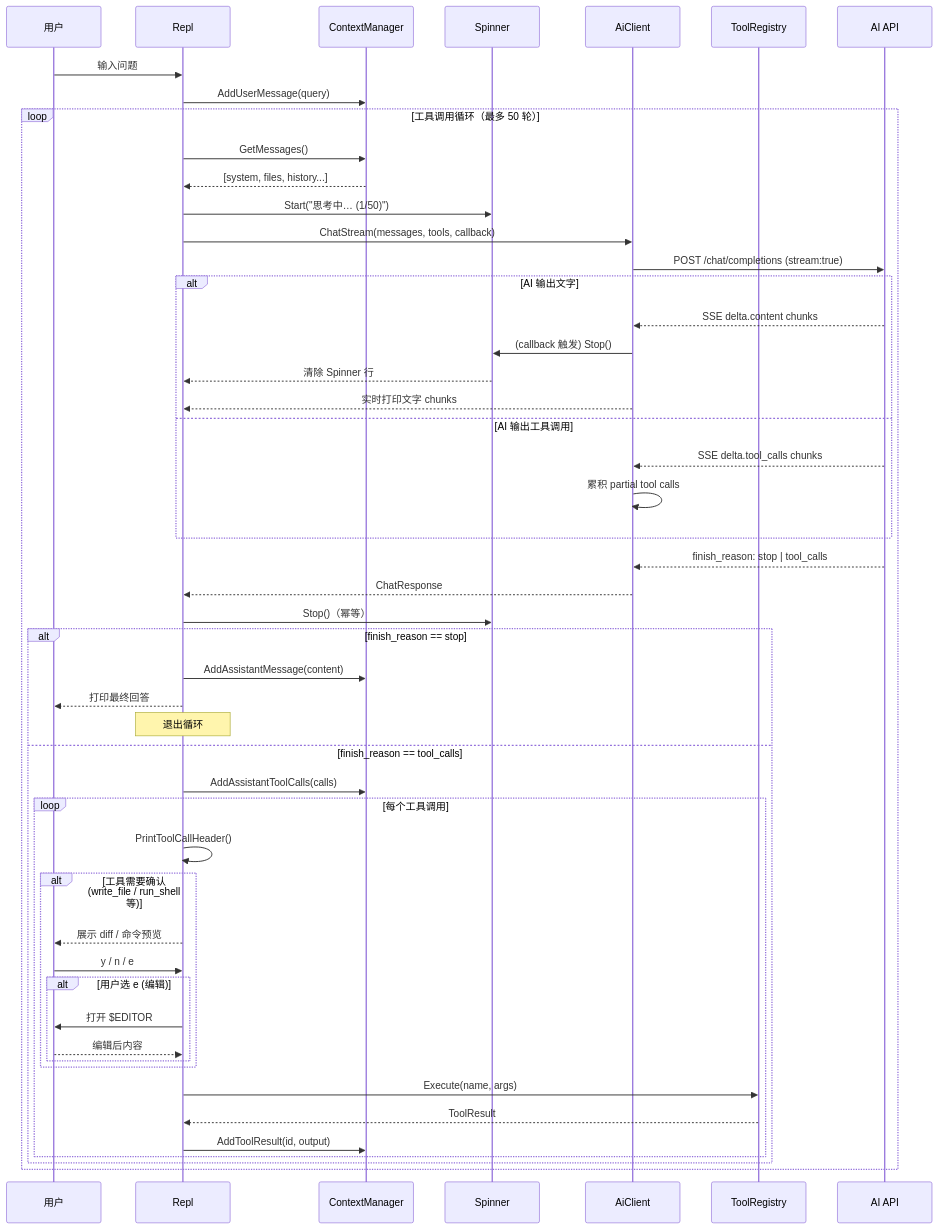
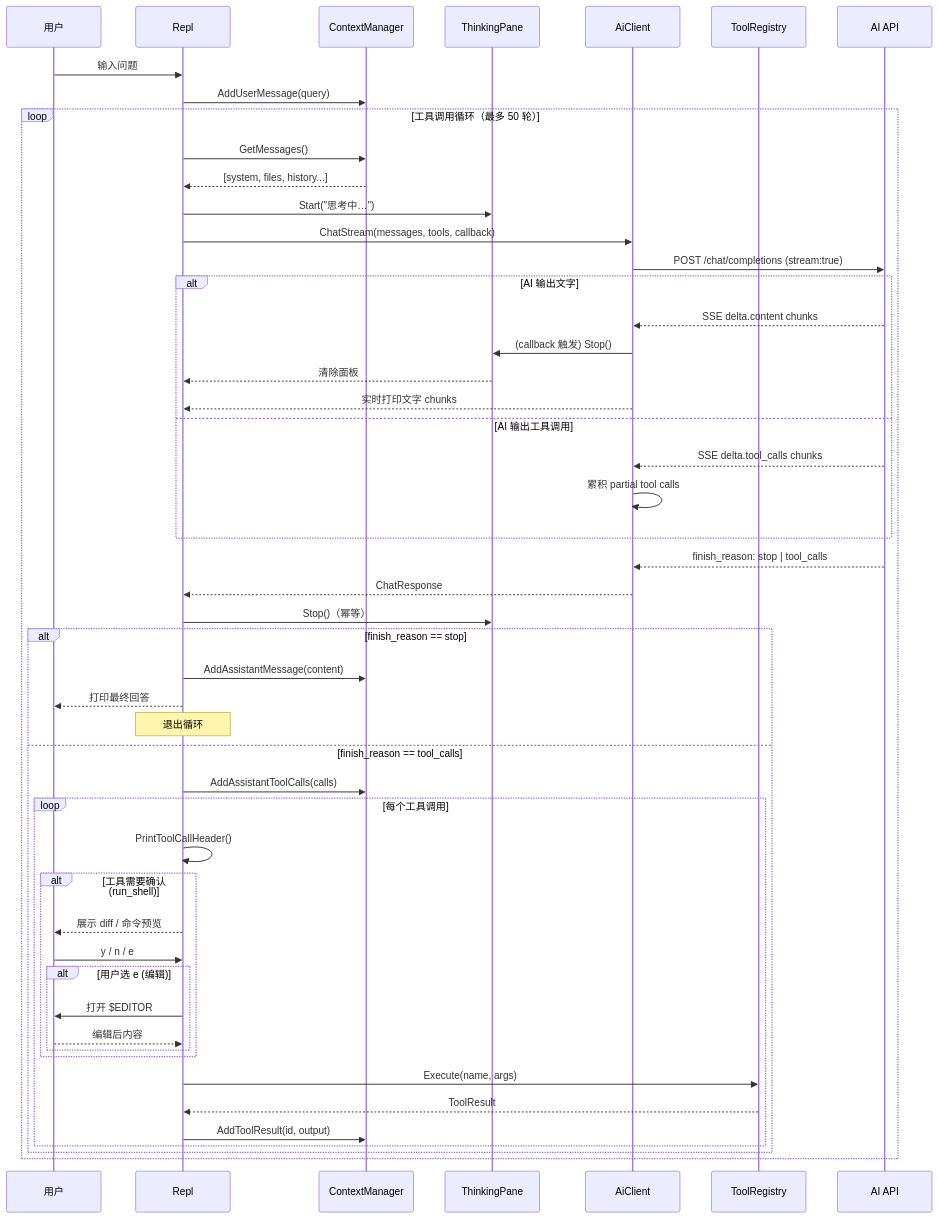
Before and after one commit to xingxingRealzyx/Termind: the first of 2 diagrams in README.md, drawn with Mermaid. The commit also changed other lines of this file, not shown here.

````diff
--- a/README.md
+++ b/README.md
@@ -135,62 +137,62 @@
 ```mermaid
 sequenceDiagram
     participant U as 用户
     participant R as Repl
     participant C as ContextManager
-    participant S as Spinner
+    participant S as ThinkingPane
     participant A as AiClient
     participant T as ToolRegistry
     participant AI as AI API
 
     U->>R: 输入问题
     R->>C: AddUserMessage(query)
     
     loop 工具调用循环（最多 50 轮）
         R->>C: GetMessages()
         C-->>R: [system, files, history...]
         
-        R->>S: Start("思考中… (1/50)")
+        R->>S: Start("思考中…")
         R->>A: ChatStream(messages, tools, callback)
         A->>AI: POST /chat/completions (stream:true)
         
         alt AI 输出文字
             AI-->>A: SSE delta.content chunks
             A->>S: (callback 触发) Stop()
-            S-->>R: 清除 Spinner 行
+            S-->>R: 清除面板
             A-->>R: 实时打印文字 chunks
         else AI 输出工具调用
             AI-->>A: SSE delta.tool_calls chunks
             A->>A: 累积 partial tool calls
         end
         
         AI-->>A: finish_reason: stop | tool_calls
         A-->>R: ChatResponse
         R->>S: Stop()（幂等）
         
         alt finish_reason == stop
             R->>C: AddAssistantMessage(content)
             R-->>U: 打印最终回答
             Note over R: 退出循环
         else finish_reason == tool_calls
             R->>C: AddAssistantToolCalls(calls)
             
             loop 每个工具调用
                 R->>R: PrintToolCallHeader()
                 
-                alt 工具需要确认 (write_file / run_shell 等)
+                alt 工具需要确认 (run_shell)
                     R-->>U: 展示 diff / 命令预览
                     U->>R: y / n / e
                     
                     alt 用户选 e (编辑)
                         R->>U: 打开 $EDITOR
                         U-->>R: 编辑后内容
                     end
                 end
                 
                 R->>T: Execute(name, args)
                 T-->>R: ToolResult
                 R->>C: AddToolResult(id, output)
             end
         end
     end
 ```
````
